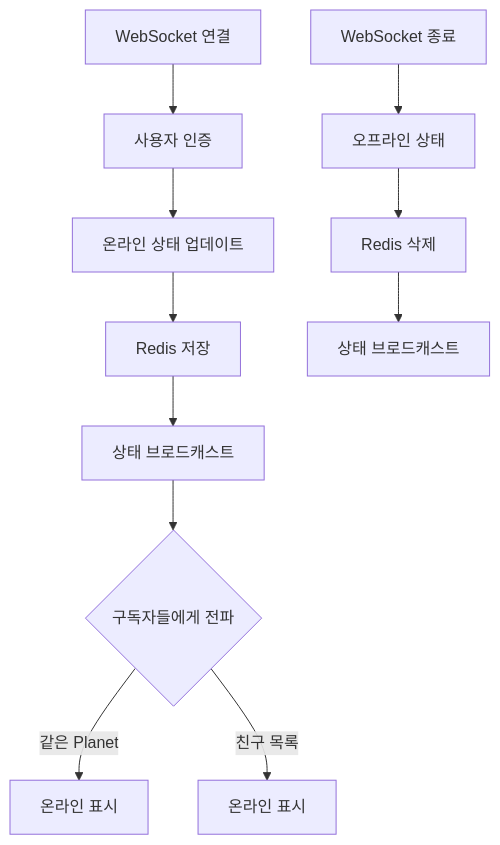
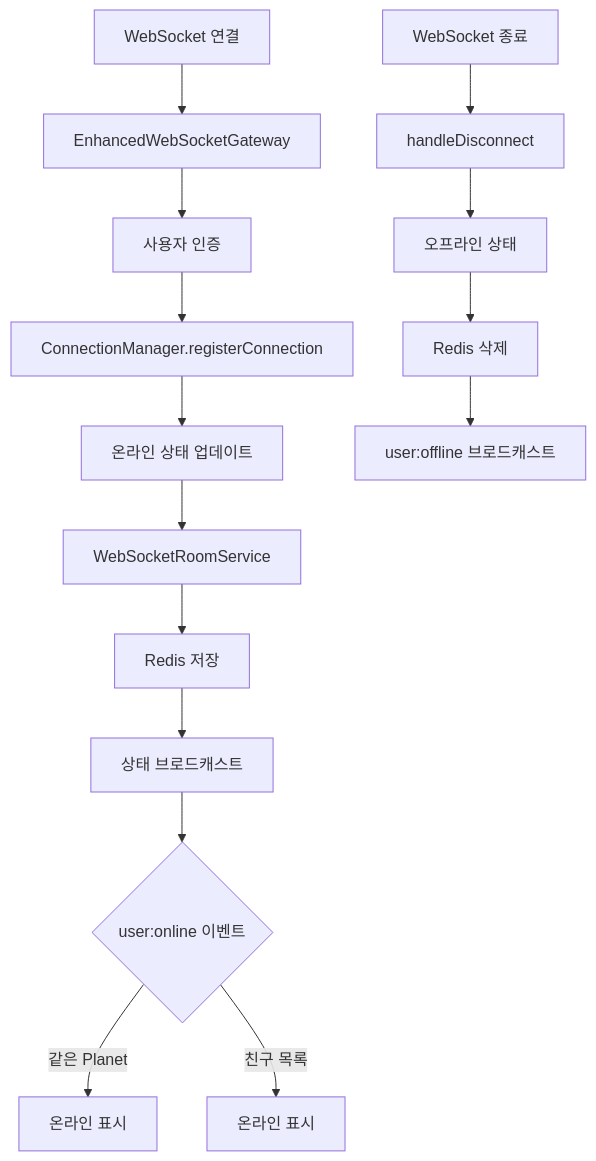
One commit to maximizest/connecto-nest changed diagram 23 of 34 in .md/flow.md. Above: the diagram before and after it, drawn with Mermaid. The commit also changed other lines of this file and 2 other files, not shown here.

Commit message:
관리자 및 조정 기능 문서 업데이트: Admin 엔티티를 User 엔티티의 role로 통합하고, 관련 API 엔드포인트를 Moderation 섹션으로 이동하여 사용자 차단 및 벤 기능을 명확히 설명함. WebSocket 서비스 아키텍처와 Rate Limiting 시스템을 추가하여 실시간 통신 및 사용자 관리 기능을 강화함.

````diff
--- a/.md/flow.md
+++ b/.md/flow.md
@@ -693,16 +848,23 @@
 ```mermaid
 graph TD
-    A[WebSocket 연결] --> B[사용자 인증]
-    B --> C[온라인 상태 업데이트]
-
-    C --> D[Redis 저장]
-    D --> E[상태 브로드캐스트]
-
-    E --> F{구독자들에게 전파}
-    F -->|같은 Planet| G[온라인 표시]
-    F -->|친구 목록| H[온라인 표시]
-
-    I[WebSocket 종료] --> J[오프라인 상태]
-    J --> K[Redis 삭제]
-    K --> L[상태 브로드캐스트]
+    A[WebSocket 연결] --> B[EnhancedWebSocketGateway]
+    B --> C[사용자 인증]
+    
+    C --> D[ConnectionManager.registerConnection]
+    D --> E[온라인 상태 업데이트]
+    
+    E --> F[WebSocketRoomService]
+    F --> G[Redis 저장]
+    
+    G --> H[상태 브로드캐스트]
+    H --> I{user:online 이벤트}
+    
+    I -->|같은 Planet| J[온라인 표시]
+    I -->|친구 목록| K[온라인 표시]
+    
+    L[WebSocket 종료] --> M[handleDisconnect]
+    M --> N[오프라인 상태]
+    
+    N --> O[Redis 삭제]
+    O --> P[user:offline 브로드캐스트]
 ```
````
